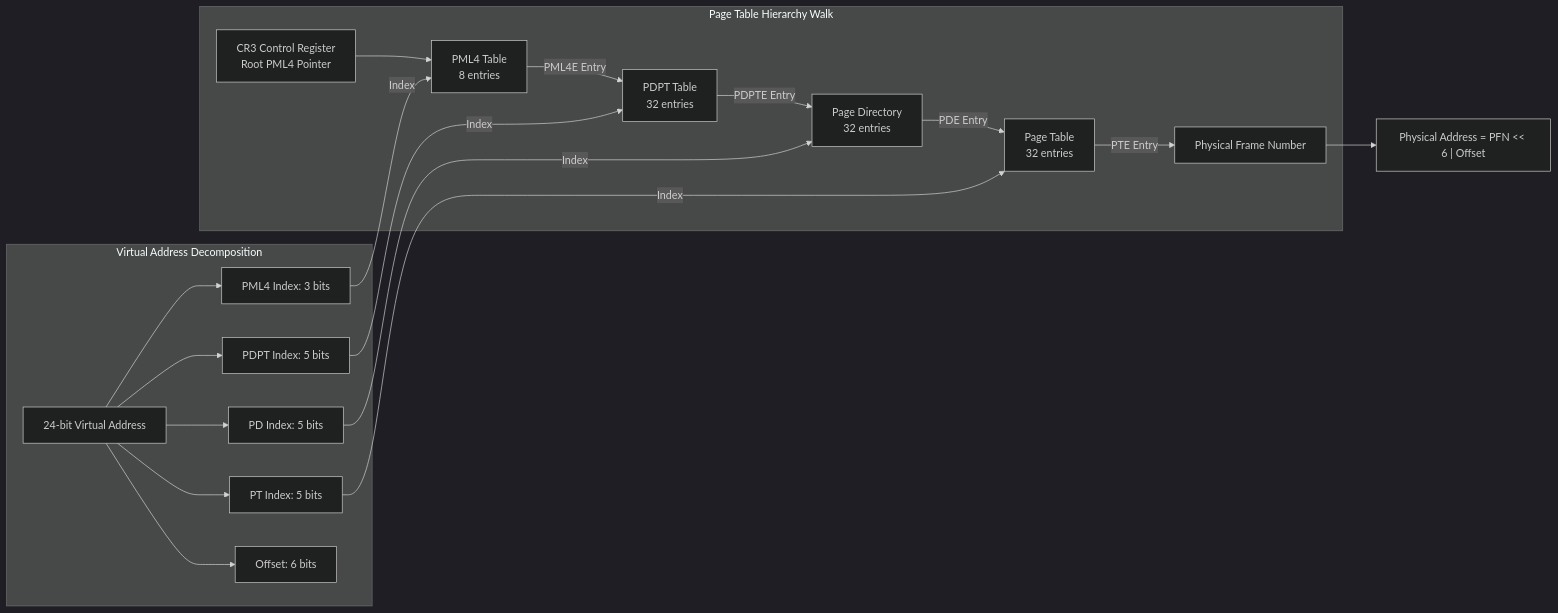
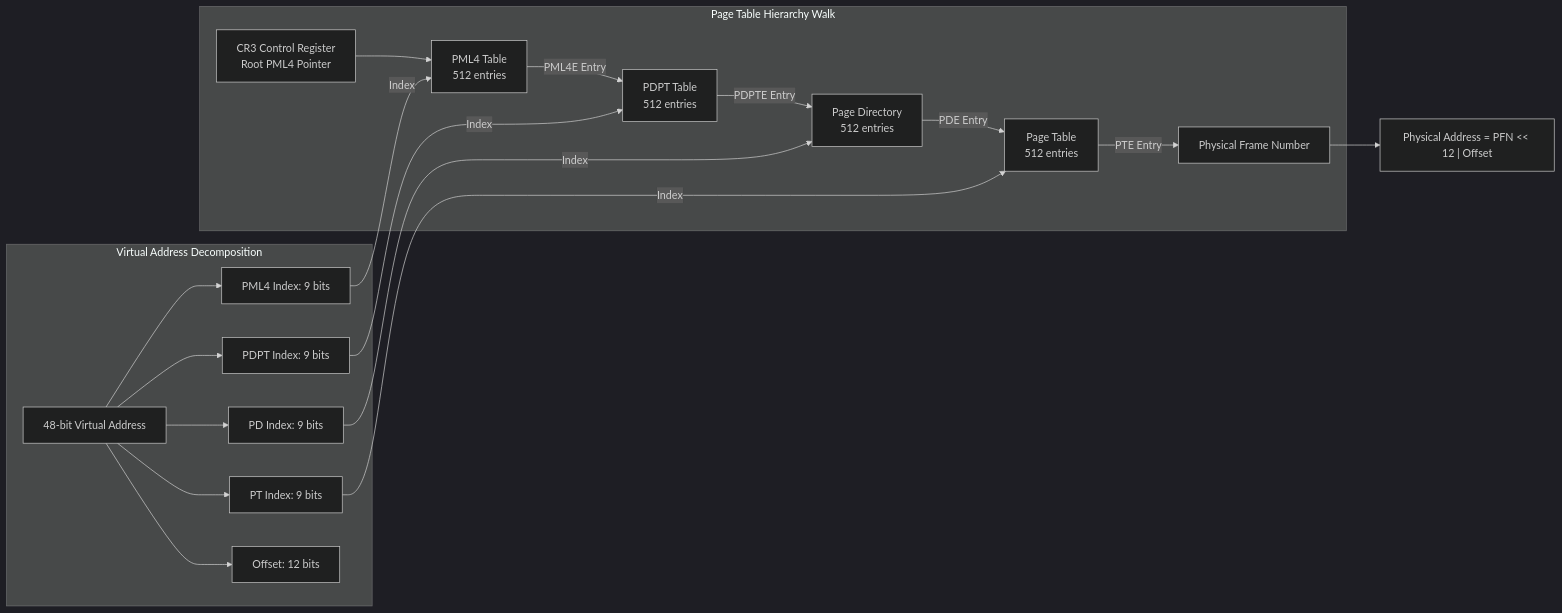
Before and after one commit to balaji345-max/Memory-Managment: the second of 4 diagrams in README.md, drawn with Mermaid (dark theme). The commit also changed other lines of this file and 14 other files, not shown here.

Commit message:
Update address space configuration to 48-bit x86-64 level

````diff
--- a/README.md
+++ b/README.md
@@ -93,31 +93,31 @@
 ```mermaid
 flowchart LR
     subgraph VA_DEC ["Virtual Address Decomposition"]
-        VA[24-bit Virtual Address]
-        PML4_IDX[PML4 Index: 3 bits]
-        PDPT_IDX[PDPT Index: 5 bits]
-        PD_IDX[PD Index: 5 bits]
-        PT_IDX[PT Index: 5 bits]
-        OFFSET[Offset: 6 bits]
+        VA[48-bit Virtual Address]
+        PML4_IDX[PML4 Index: 9 bits]
+        PDPT_IDX[PDPT Index: 9 bits]
+        PD_IDX[PD Index: 9 bits]
+        PT_IDX[PT Index: 9 bits]
+        OFFSET[Offset: 12 bits]
     end
 
     VA --> PML4_IDX
     VA --> PDPT_IDX
     VA --> PD_IDX
     VA --> PT_IDX
     VA --> OFFSET
 
     subgraph PT_WALK_SUB ["Page Table Hierarchy Walk"]
-        CR3["CR3 Control Register<br/>Root PML4 Pointer"] --> PML4["PML4 Table<br/>8 entries"]
+        CR3["CR3 Control Register<br/>Root PML4 Pointer"] --> PML4["PML4 Table<br/>512 entries"]
         PML4_IDX -->|Index| PML4
-        PML4 -->|PML4E Entry| PDPT["PDPT Table<br/>32 entries"]
+        PML4 -->|PML4E Entry| PDPT["PDPT Table<br/>512 entries"]
         PDPT_IDX -->|Index| PDPT
-        PDPT -->|PDPTE Entry| PD["Page Directory<br/>32 entries"]
+        PDPT -->|PDPTE Entry| PD["Page Directory<br/>512 entries"]
         PD_IDX -->|Index| PD
-        PD -->|PDE Entry| PT["Page Table<br/>32 entries"]
+        PD -->|PDE Entry| PT["Page Table<br/>512 entries"]
         PT_IDX -->|Index| PT
         PT -->|PTE Entry| PFN[Physical Frame Number]
     end
 
-    PFN --> PHYS["Physical Address = PFN << 6 | Offset"]
+    PFN --> PHYS["Physical Address = PFN << 12 | Offset"]
 ```
````
